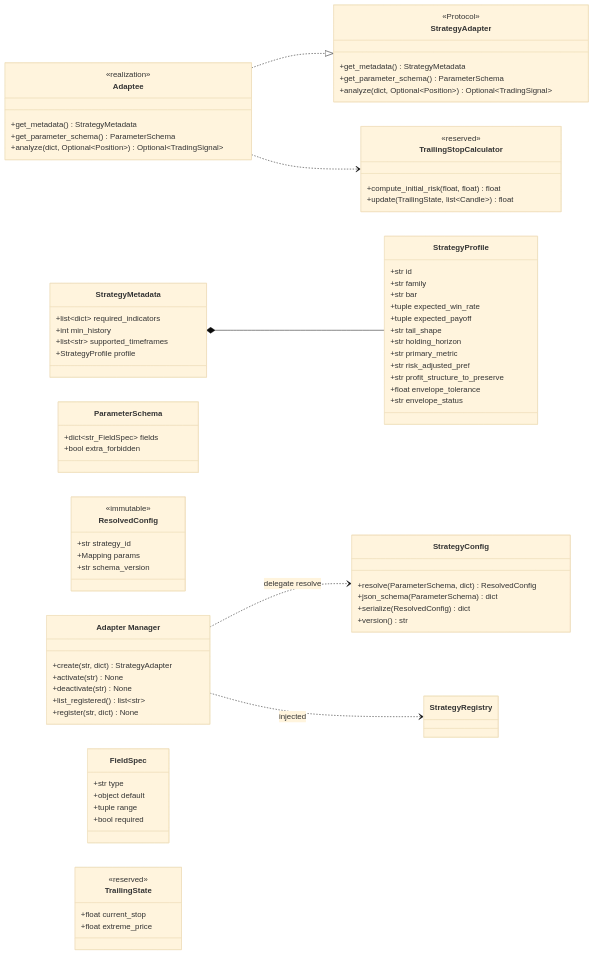
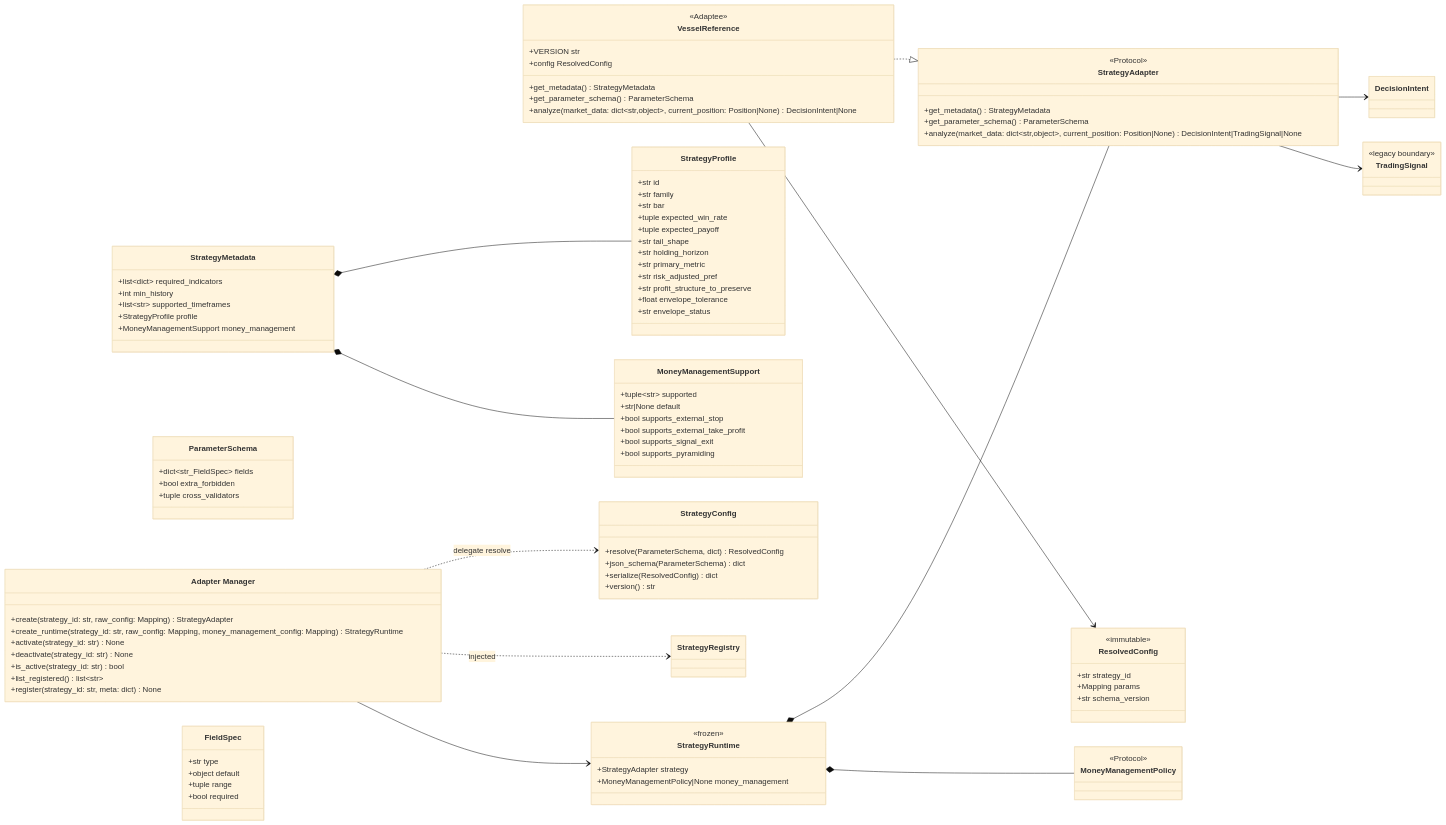
One commit to vessel35/trading-system-v2 changed diagram 14 of 38 in docs/fullspec/backtest_v2_detailed_design.md. Above: the diagram before and after it, drawn with Mermaid (base theme). The commit also changed other lines of this file and 1 other file, not shown here.

````diff
--- a/docs/fullspec/backtest_v2_detailed_design.md
+++ b/docs/fullspec/backtest_v2_detailed_design.md
@@ -1654,23 +1919,35 @@
         <<Protocol>>
         +get_metadata() StrategyMetadata
         +get_parameter_schema() ParameterSchema
-        +analyze(dict, Optional~Position~) Optional~TradingSignal~
+        +analyze(market_data: dict~str,object~, current_position: Position|None) DecisionIntent|TradingSignal|None
     }
-    class Adaptee {
-        <<realization>>
+    class VesselReference {
+        <<Adaptee>>
+        +VERSION str
+        +config ResolvedConfig
         +get_metadata() StrategyMetadata
         +get_parameter_schema() ParameterSchema
-        +analyze(dict, Optional~Position~) Optional~TradingSignal~
+        +analyze(market_data: dict~str,object~, current_position: Position|None) DecisionIntent|None
     }
     class StrategyMetadata {
         +list~dict~ required_indicators
         +int min_history
         +list~str~ supported_timeframes
         +StrategyProfile profile
+        +MoneyManagementSupport money_management
+    }
+    class MoneyManagementSupport {
+        +tuple~str~ supported
+        +str|None default
+        +bool supports_external_stop
+        +bool supports_external_take_profit
+        +bool supports_signal_exit
+        +bool supports_pyramiding
     }
     class ParameterSchema {
         +dict~str_FieldSpec~ fields
         +bool extra_forbidden
+        +tuple cross_validators
     }
     class StrategyConfig {
         +resolve(ParameterSchema, dict) ResolvedConfig
@@ -1685,11 +1962,18 @@
         +str schema_version
     }
     class AdapterManager["Adapter Manager"] {
-        +create(str, dict) StrategyAdapter
-        +activate(str) None
-        +deactivate(str) None
+        +create(strategy_id: str, raw_config: Mapping) StrategyAdapter
+        +create_runtime(strategy_id: str, raw_config: Mapping, money_management_config: Mapping) StrategyRuntime
+        +activate(strategy_id: str) None
+        +deactivate(strategy_id: str) None
+        +is_active(strategy_id: str) bool
         +list_registered() list~str~
-        +register(str, dict) None
+        +register(strategy_id: str, meta: dict) None
+    }
+    class StrategyRuntime {
+        <<frozen>>
+        +StrategyAdapter strategy
+        +MoneyManagementPolicy|None money_management
     }
     class StrategyProfile {
         +str id
@@ -1705,25 +1989,28 @@
         +float envelope_tolerance
         +str envelope_status
     }
-    class TrailingStopCalculator {
-        <<reserved>>
-        +compute_initial_risk(float, float) float
-        +update(TrailingState, list~Candle~) float
-    }
     class FieldSpec {
         +str type
         +object default
         +tuple range
         +bool required
     }
-    class TrailingState {
-        <<reserved>>
-        +float current_stop
-        +float extreme_price
+    class DecisionIntent
+    class TradingSignal {
+        <<legacy boundary>>
     }
-    Adaptee ..|> StrategyAdapter
-    Adaptee ..> TrailingStopCalculator
+    class MoneyManagementPolicy {
+        <<Protocol>>
+    }
+    VesselReference ..|> StrategyAdapter
+    VesselReference --> ResolvedConfig
+    StrategyAdapter --> DecisionIntent
+    StrategyAdapter --> TradingSignal
     StrategyMetadata *-- StrategyProfile
+    StrategyMetadata *-- MoneyManagementSupport
     AdapterManager ..> StrategyConfig : delegate resolve
     AdapterManager ..> StrategyRegistry : injected
+    AdapterManager --> StrategyRuntime
+    StrategyRuntime *-- StrategyAdapter
+    StrategyRuntime *-- MoneyManagementPolicy
 ```
````
